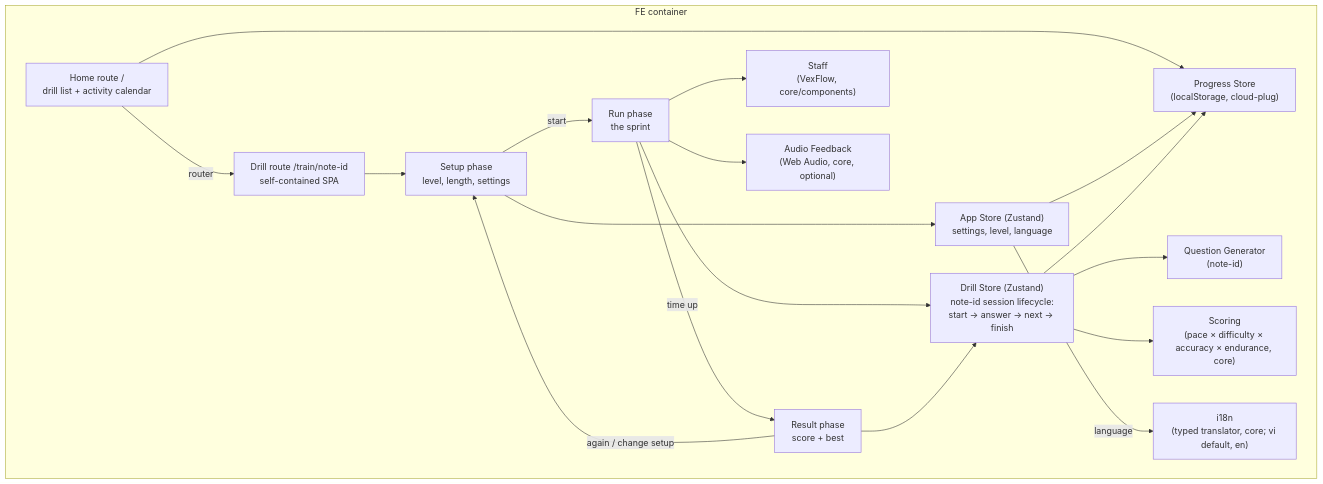
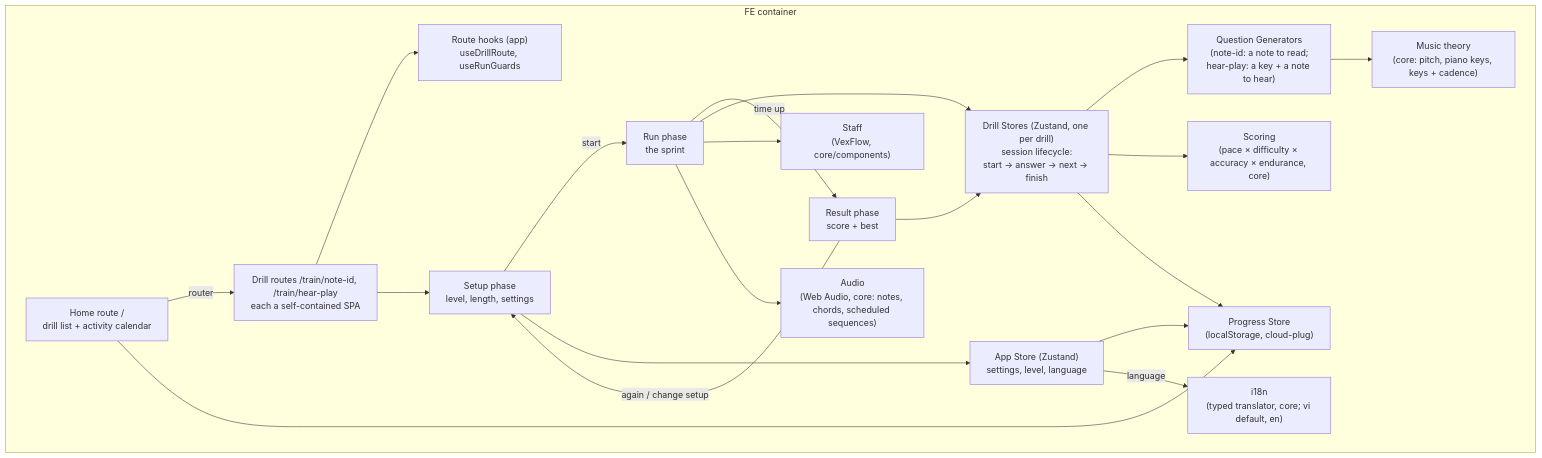
One commit to thewind121212/musoni changed the third of 4 diagrams in docs/summary.md. Above: the diagram before and after it, drawn with Mermaid. The commit also changed other lines of this file and 57 other files, not shown here.

````diff
--- a/docs/summary.md
+++ b/docs/summary.md
@@ -51,36 +52,40 @@
 ```mermaid
 graph TB
   subgraph "FE container"
     HOME["Home route /<br/>drill list + activity calendar"]
-    DRILLROUTE["Drill route /train/note-id<br/>self-contained SPA"]
+    DRILLROUTE["Drill routes /train/note-id, /train/hear-play<br/>each a self-contained SPA"]
+    ROUTEHOOKS["Route hooks (app)<br/>useDrillRoute, useRunGuards"]
     SETUP["Setup phase<br/>level, length, settings"]
     RUN["Run phase<br/>the sprint"]
     RESULT["Result phase<br/>score + best"]
 
     APPSTORE["App Store (Zustand)<br/>settings, level, language"]
     I18N["i18n<br/>(typed translator, core; vi default, en)"]
-    DRILLSTORE["Drill Store (Zustand)<br/>note-id session lifecycle:<br/>start → answer → next → finish"]
-    GEN["Question Generator<br/>(note-id)"]
+    DRILLSTORE["Drill Stores (Zustand, one per drill)<br/>session lifecycle:<br/>start → answer → next → finish"]
+    GEN["Question Generators<br/>(note-id: a note to read;<br/>hear-play: a key + a note to hear)"]
+    MUSIC["Music theory<br/>(core: pitch, piano keys, keys + cadence)"]
     REND["Staff<br/>(VexFlow, core/components)"]
     SCORE["Scoring<br/>(pace × difficulty × accuracy × endurance, core)"]
     STORE["Progress Store<br/>(localStorage, cloud-plug)"]
-    AUDIO["Audio Feedback<br/>(Web Audio, core, optional)"]
+    AUDIO["Audio<br/>(Web Audio, core: notes, chords, scheduled sequences)"]
 
     HOME -->|router| DRILLROUTE
+    DRILLROUTE --> ROUTEHOOKS
     DRILLROUTE --> SETUP
     SETUP -->|start| RUN
     RUN -->|time up| RESULT
     RESULT -->|again / change setup| SETUP
     SETUP --> APPSTORE
     RUN --> DRILLSTORE
     RUN --> REND
     RUN --> AUDIO
     RESULT --> DRILLSTORE
     HOME --> STORE
     APPSTORE --> STORE
     DRILLSTORE --> GEN
+    GEN --> MUSIC
     DRILLSTORE --> SCORE
     DRILLSTORE --> STORE
     APPSTORE -->|language| I18N
   end
 ```
````
